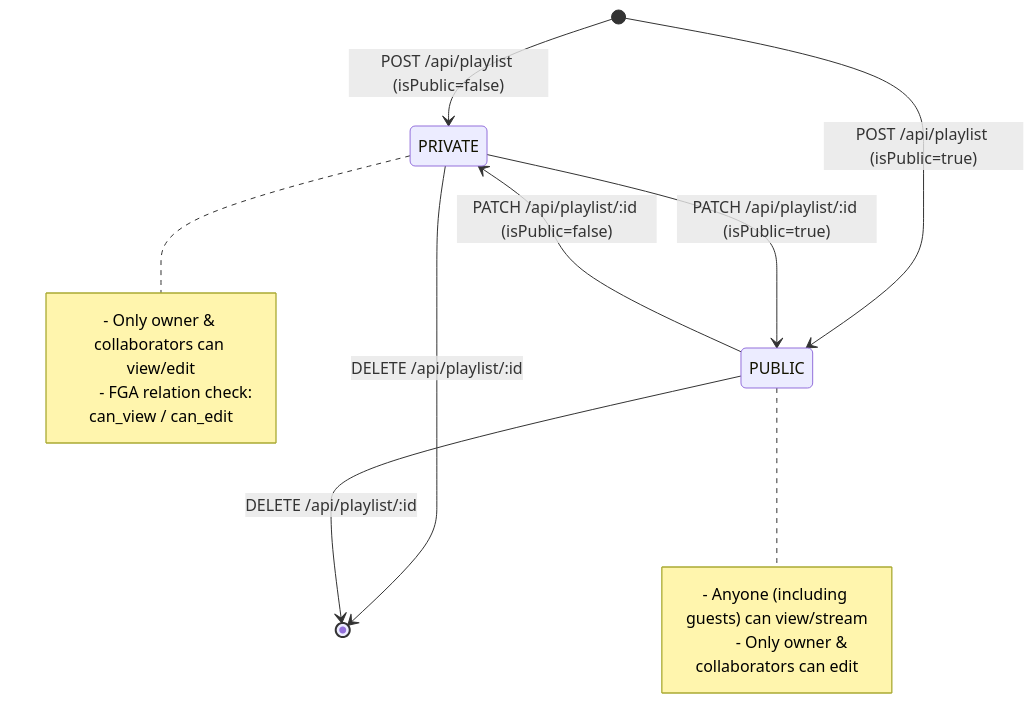
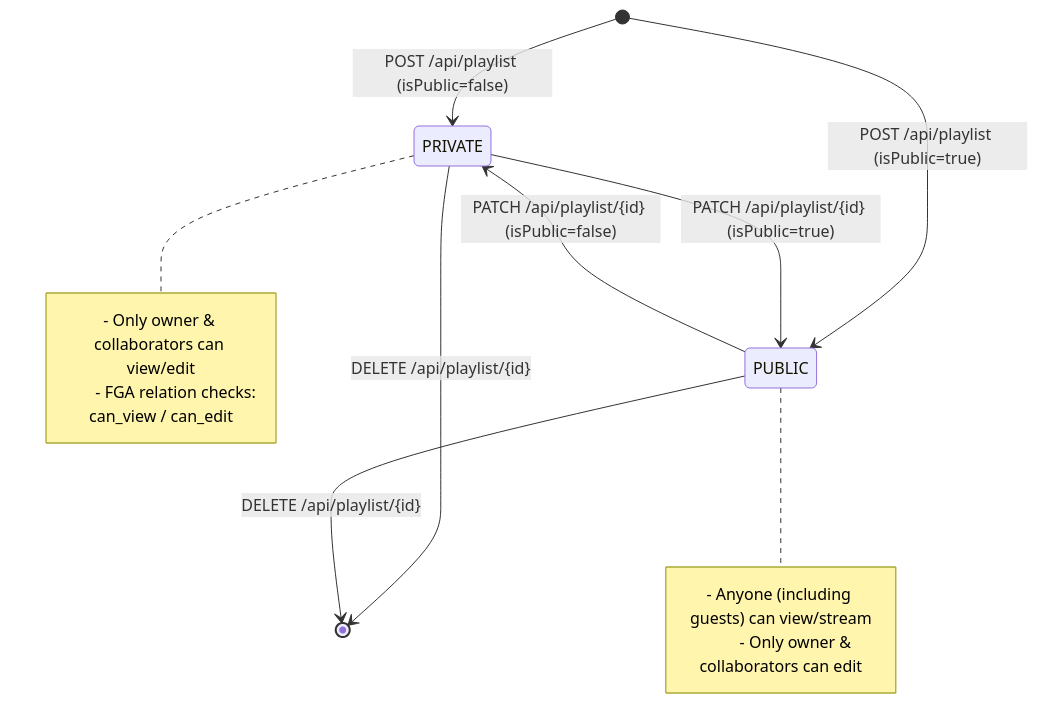
Before and after one commit to assignment-sets/audio-saas-backend: the diagram in docs/modules/playlist/playlistLifecycle.md, drawn with Mermaid. The commit also changed other lines of this file and 21 other files, not shown here.

````diff
--- a/docs/modules/playlist/playlistLifecycle.md
+++ b/docs/modules/playlist/playlistLifecycle.md
@@ -11,21 +11,21 @@
 ```mermaid
 stateDiagram-v2
     [*] --> PRIVATE : POST /api/playlist (isPublic=false)
     [*] --> PUBLIC : POST /api/playlist (isPublic=true)
 
-    PRIVATE --> PUBLIC : PATCH /api/playlist/:id (isPublic=true)
-    PUBLIC --> PRIVATE : PATCH /api/playlist/:id (isPublic=false)
+    PRIVATE --> PUBLIC : PATCH /api/playlist/{id} (isPublic=true)
+    PUBLIC --> PRIVATE : PATCH /api/playlist/{id} (isPublic=false)
 
-    PRIVATE --> [*] : DELETE /api/playlist/:id
-    PUBLIC --> [*] : DELETE /api/playlist/:id
+    PRIVATE --> [*] : DELETE /api/playlist/{id}
+    PUBLIC --> [*] : DELETE /api/playlist/{id}
 
     note right of PRIVATE
         - Only owner & collaborators can view/edit
-        - FGA relation check: can_view / can_edit
+        - FGA relation checks: can_view / can_edit
     end note
 
     note right of PUBLIC
         - Anyone (including guests) can view/stream
         - Only owner & collaborators can edit
     end note
 ```
````
